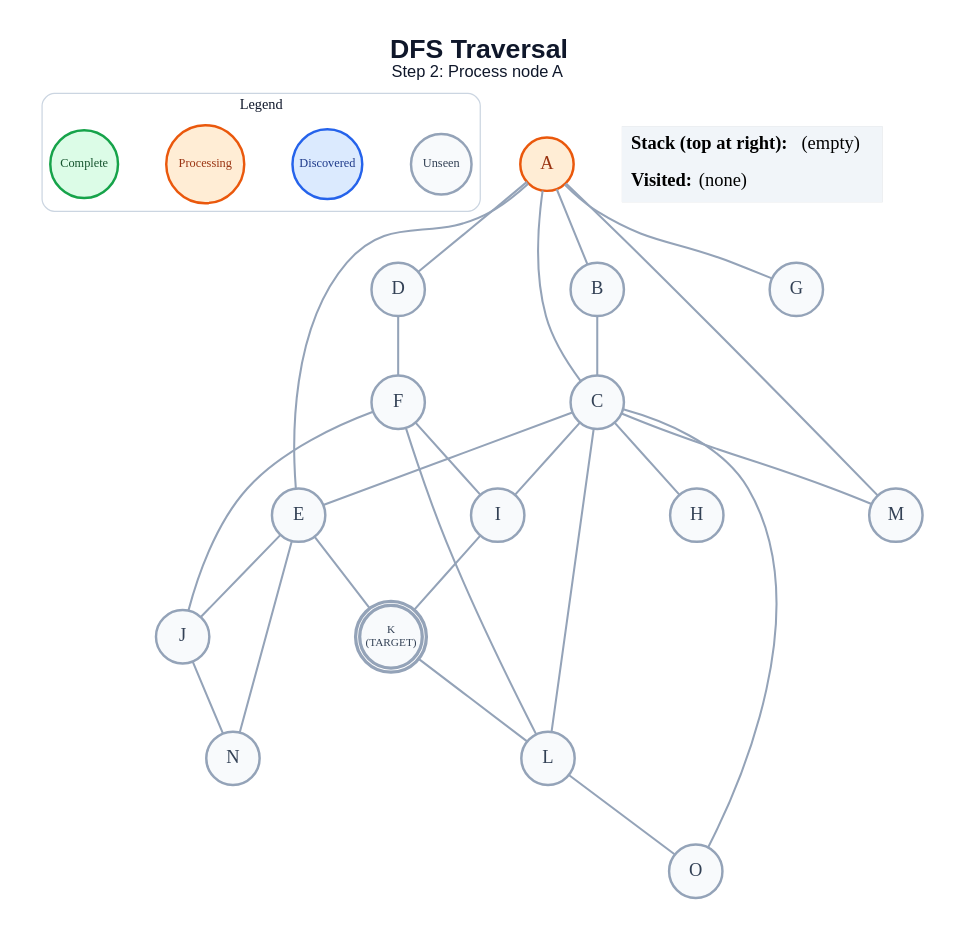
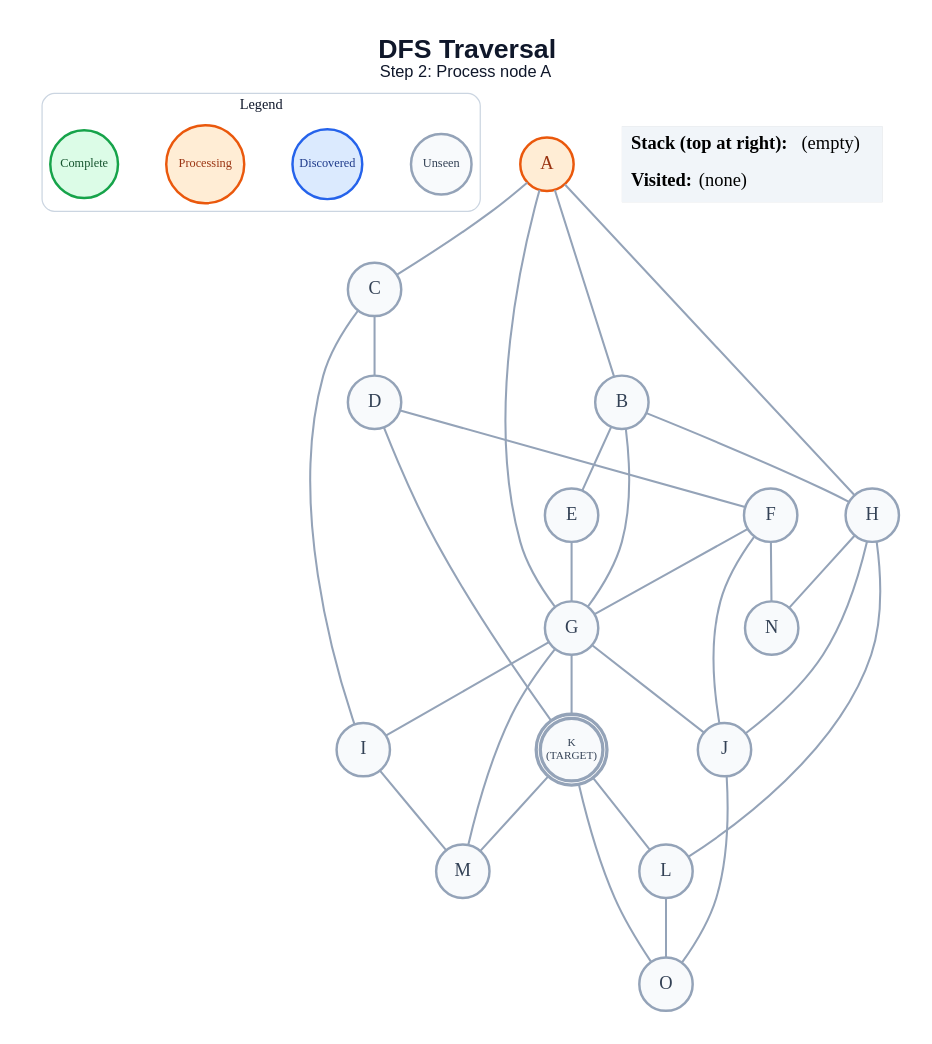
The diagram in generated/dfs/step_02.dot (anon7238593-create/ai-slop), drawn with Graphviz before and after one commit. The commit also changed 273 other files, not shown here.

```diff
--- a/generated/dfs/step_02.dot
+++ b/generated/dfs/step_02.dot
@@ -1,58 +1,62 @@
 graph traversal {
   graph [layout=dot, rankdir=TB, bgcolor="#FFFFFF", pad="0.35", nodesep="0.65", ranksep="0.8", fontname="Arial"];
   node [shape=circle, style="filled", fontname="Arial Bold", fontsize=18, width=0.72, fixedsize=true, penwidth=2.4];
   edge [color="#94A3B8", penwidth=2.0];
   label=<<B>DFS Traversal</B><BR/><FONT POINT-SIZE="16">Step 2: Process node A</FONT>>; labelloc="t"; fontsize=26; fontname="Arial"; fontcolor="#0F172A";
   subgraph cluster_legend { label="Legend"; color="#CBD5E1"; penwidth=1.2; style="rounded"; fontsize=14; fontname="Arial Bold";
     key_unseen [label="Unseen", fillcolor="#F8FAFC", color="#94A3B8", fontcolor="#334155", fontsize=12, width=0.82];
     key_frontier [label="Discovered", fillcolor="#DBEAFE", color="#2563EB", fontcolor="#1E3A8A", fontsize=12, width=0.95];
     key_current [label="Processing", fillcolor="#FFEDD5", color="#EA580C", fontcolor="#9A3412", fontsize=12, width=1.05];
     key_done [label="Complete", fillcolor="#DCFCE7", color="#16A34A", fontcolor="#14532D", fontsize=12, width=0.92];
     { rank=same; key_unseen; key_frontier; key_current; key_done; }
   }
   A [label="A", fillcolor="#FFEDD5", color="#EA580C", fontcolor="#9A3412", peripheries=1, penwidth=2.4];
   B [label="B", fillcolor="#F8FAFC", color="#94A3B8", fontcolor="#334155", peripheries=1, penwidth=2.4];
   C [label="C", fillcolor="#F8FAFC", color="#94A3B8", fontcolor="#334155", peripheries=1, penwidth=2.4];
   D [label="D", fillcolor="#F8FAFC", color="#94A3B8", fontcolor="#334155", peripheries=1, penwidth=2.4];
   E [label="E", fillcolor="#F8FAFC", color="#94A3B8", fontcolor="#334155", peripheries=1, penwidth=2.4];
   F [label="F", fillcolor="#F8FAFC", color="#94A3B8", fontcolor="#334155", peripheries=1, penwidth=2.4];
   G [label="G", fillcolor="#F8FAFC", color="#94A3B8", fontcolor="#334155", peripheries=1, penwidth=2.4];
   H [label="H", fillcolor="#F8FAFC", color="#94A3B8", fontcolor="#334155", peripheries=1, penwidth=2.4];
   I [label="I", fillcolor="#F8FAFC", color="#94A3B8", fontcolor="#334155", peripheries=1, penwidth=2.4];
   J [label="J", fillcolor="#F8FAFC", color="#94A3B8", fontcolor="#334155", peripheries=1, penwidth=2.4];
   K [label="K\n(TARGET)", fillcolor="#F8FAFC", color="#94A3B8", fontcolor="#334155", peripheries=2, penwidth=3.2, fontsize=11, width=0.85, height=0.85];
   L [label="L", fillcolor="#F8FAFC", color="#94A3B8", fontcolor="#334155", peripheries=1, penwidth=2.4];
   M [label="M", fillcolor="#F8FAFC", color="#94A3B8", fontcolor="#334155", peripheries=1, penwidth=2.4];
   N [label="N", fillcolor="#F8FAFC", color="#94A3B8", fontcolor="#334155", peripheries=1, penwidth=2.4];
   O [label="O", fillcolor="#F8FAFC", color="#94A3B8", fontcolor="#334155", peripheries=1, penwidth=2.4];
   A -- B;
   A -- C;
-  A -- D;
-  A -- E;
   A -- G;
-  A -- M;
-  B -- C;
-  C -- E;
-  C -- H;
+  A -- H;
+  B -- E;
+  B -- G;
+  B -- H;
+  C -- D;
   C -- I;
-  C -- L;
-  C -- M;
-  C -- O;
   D -- F;
-  E -- J;
-  E -- K;
-  E -- N;
-  F -- I;
+  D -- K;
+  E -- G;
+  F -- G;
   F -- J;
-  F -- L;
-  I -- K;
-  J -- N;
+  F -- N;
+  G -- I;
+  G -- J;
+  G -- K;
+  G -- M;
+  H -- J;
+  H -- L;
+  H -- N;
+  I -- M;
+  J -- O;
   K -- L;
+  K -- M;
+  K -- O;
   L -- O;
   status [shape=plain, fixedsize=false, width=0, height=0, margin=0, label=<
     <TABLE BORDER="0" CELLBORDER="0" CELLPADDING="7" BGCOLOR="#F1F5F9">
       <TR><TD ALIGN="LEFT"><B>Stack (top at right):</B> (empty)</TD></TR>
       <TR><TD ALIGN="LEFT"><B>Visited:</B> (none)</TD></TR>
     </TABLE>
   >];
 }
```
